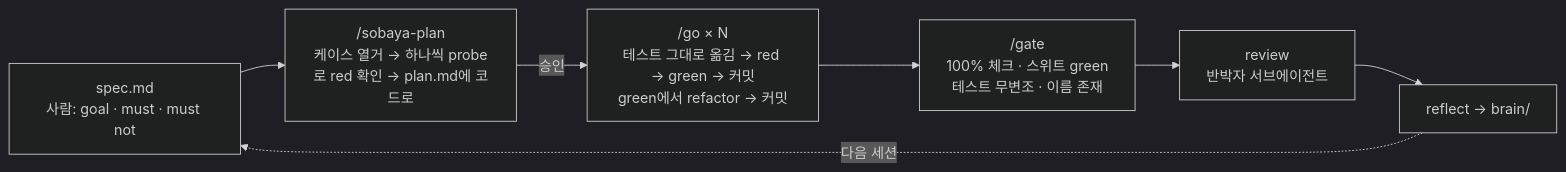
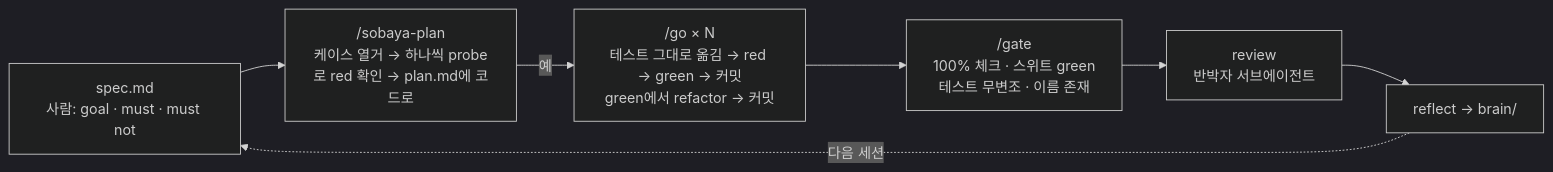
The diagram in README.ko.md (team-poem/sobaya), drawn with Mermaid (dark theme) before and after one commit. The commit also changed other lines of this file and 3 other files, not shown here.

````diff
--- a/README.ko.md
+++ b/README.ko.md
@@ -27,9 +27,9 @@
 ```mermaid
 flowchart LR
     S["spec.md<br>사람: goal · must · must not"] --> P["/sobaya-plan<br>케이스 열거 → 하나씩 probe로 red 확인 → plan.md에 코드로"]
-    P -- 승인 --> G["/go × N<br>테스트 그대로 옮김 → red → green → 커밋<br>green에서 refactor → 커밋"]
+    P -- 예 --> G["/go × N<br>테스트 그대로 옮김 → red → green → 커밋<br>green에서 refactor → 커밋"]
     G --> T["/gate<br>100% 체크 · 스위트 green<br>테스트 무변조 · 이름 존재"]
     T --> R["review<br>반박자 서브에이전트"]
     R --> F["reflect → brain/"]
     F -. 다음 세션 .-> S
 ```
````
